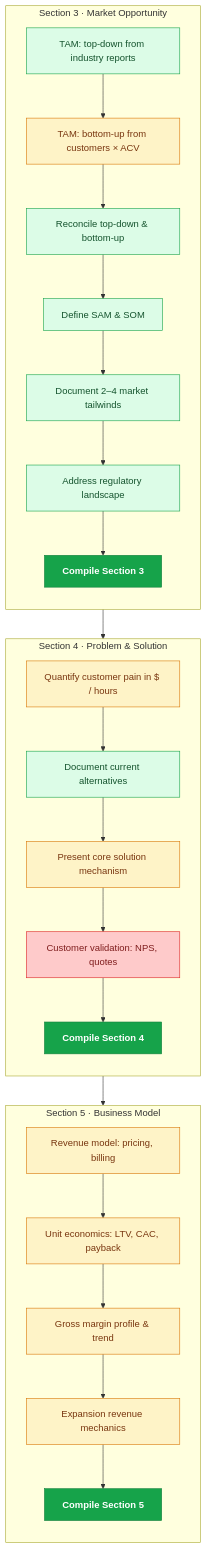
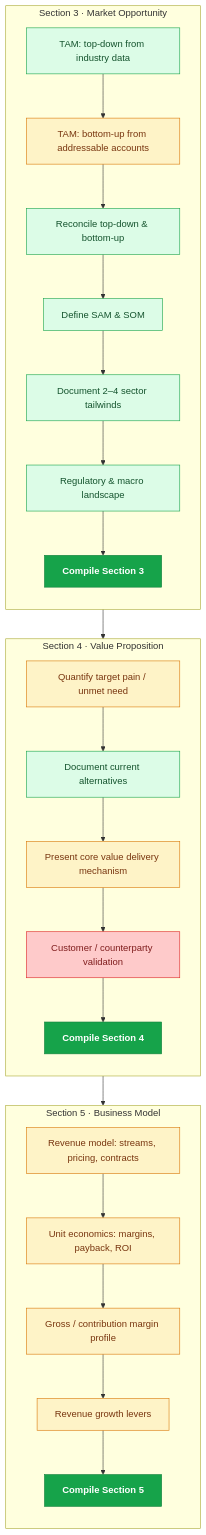
One commit to mrchanpark/IC-Memo-Flow-Chart-V2 changed the fifth of 16 diagrams in README.md. Above: the diagram before and after it, drawn with Mermaid. The commit also changed other lines of this file and 2 other files, not shown here.

````diff
--- a/README.md
+++ b/README.md
@@ -103,31 +104,31 @@
 ```mermaid
 flowchart TB
   subgraph MKT["Section 3 · Market Opportunity"]
     direction TB
-    M1["TAM: top-down from industry reports"]:::grn --> M2["TAM: bottom-up from customers × ACV"]:::yel
+    M1["TAM: top-down from industry data"]:::grn --> M2["TAM: bottom-up from addressable accounts"]:::yel
     M2 --> M3["Reconcile top-down & bottom-up"]:::grn
     M3 --> M4["Define SAM & SOM"]:::grn
-    M4 --> M5["Document 2–4 market tailwinds"]:::grn
-    M5 --> M6["Address regulatory landscape"]:::grn
+    M4 --> M5["Document 2–4 sector tailwinds"]:::grn
+    M5 --> M6["Regulatory & macro landscape"]:::grn
     M6 --> M7["Compile Section 3"]:::grnC
   end
-  subgraph PROB["Section 4 · Problem & Solution"]
+  subgraph PROB["Section 4 · Value Proposition"]
     direction TB
-    P1["Quantify customer pain in $ / hours"]:::yel --> P2["Document current alternatives"]:::grn
-    P2 --> P3["Present core solution mechanism"]:::yel
-    P3 --> P4["Customer validation: NPS, quotes"]:::red
+    P1["Quantify target pain / unmet need"]:::yel --> P2["Document current alternatives"]:::grn
+    P2 --> P3["Present core value delivery mechanism"]:::yel
+    P3 --> P4["Customer / counterparty validation"]:::red
     P4 --> P5["Compile Section 4"]:::grnC
   end
   subgraph BIZ["Section 5 · Business Model"]
     direction TB
-    B1["Revenue model: pricing, billing"]:::yel --> B2["Unit economics: LTV, CAC, payback"]:::yel
-    B2 --> B3["Gross margin profile & trend"]:::yel
-    B3 --> B4["Expansion revenue mechanics"]:::yel
+    B1["Revenue model: streams, pricing, contracts"]:::yel --> B2["Unit economics: margins, payback, ROI"]:::yel
+    B2 --> B3["Gross / contribution margin profile"]:::yel
+    B3 --> B4["Revenue growth levers"]:::yel
     B4 --> B5["Compile Section 5"]:::grnC
   end
   MKT --> PROB --> BIZ
   classDef red fill:#fecaca,stroke:#dc2626,color:#7f1d1d
   classDef yel fill:#fef3c7,stroke:#d97706,color:#78350f
   classDef grn fill:#dcfce7,stroke:#16a34a,color:#14532d
   classDef grnC fill:#16a34a,stroke:#15803d,color:#fff,font-weight:700
 ```
````
